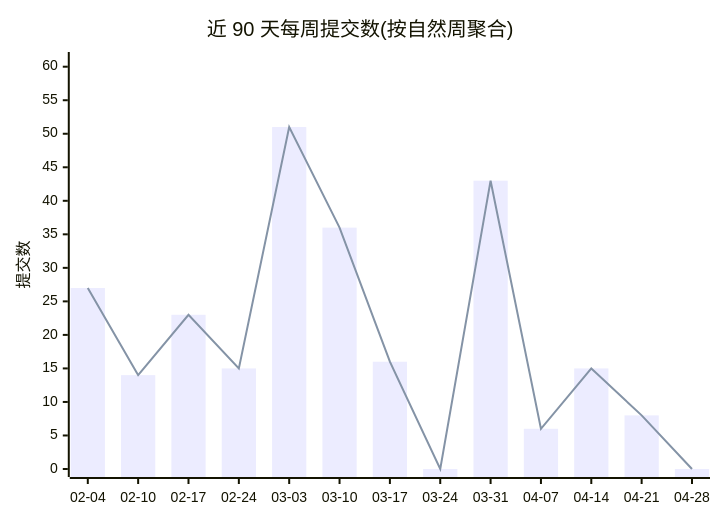
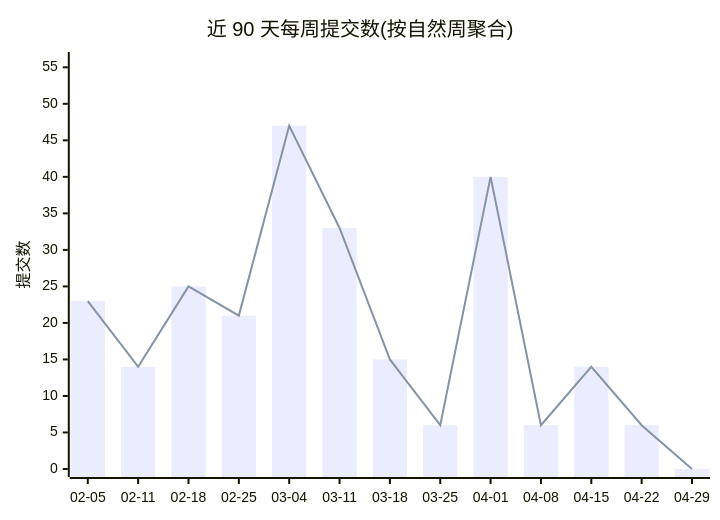
One commit to Conflux-Union/.github changed the first of 2 diagrams in profile/README.md. Above: the diagram before and after it, drawn with Mermaid. The commit also changed other lines of this file and 1 other file, not shown here.

Commit message:
chore(stats): refresh org commit stats

````diff
--- a/profile/README.md
+++ b/profile/README.md
@@ -44,8 +44,8 @@
 ```mermaid
 xychart-beta
     title "近 90 天每周提交数(按自然周聚合)"
-    x-axis ["02-04", "02-10", "02-17", "02-24", "03-03", "03-10", "03-17", "03-24", "03-31", "04-07", "04-14", "04-21", "04-28"]
-    y-axis "提交数" 0 --> 61
-    bar [27, 14, 23, 15, 51, 36, 16, 0, 43, 6, 15, 8, 0]
-    line [27, 14, 23, 15, 51, 36, 16, 0, 43, 6, 15, 8, 0]
+    x-axis ["02-05", "02-11", "02-18", "02-25", "03-04", "03-11", "03-18", "03-25", "04-01", "04-08", "04-15", "04-22", "04-29"]
+    y-axis "提交数" 0 --> 56
+    bar [23, 14, 25, 21, 47, 33, 15, 6, 40, 6, 14, 6, 0]
+    line [23, 14, 25, 21, 47, 33, 15, 6, 40, 6, 14, 6, 0]
 ```
````
